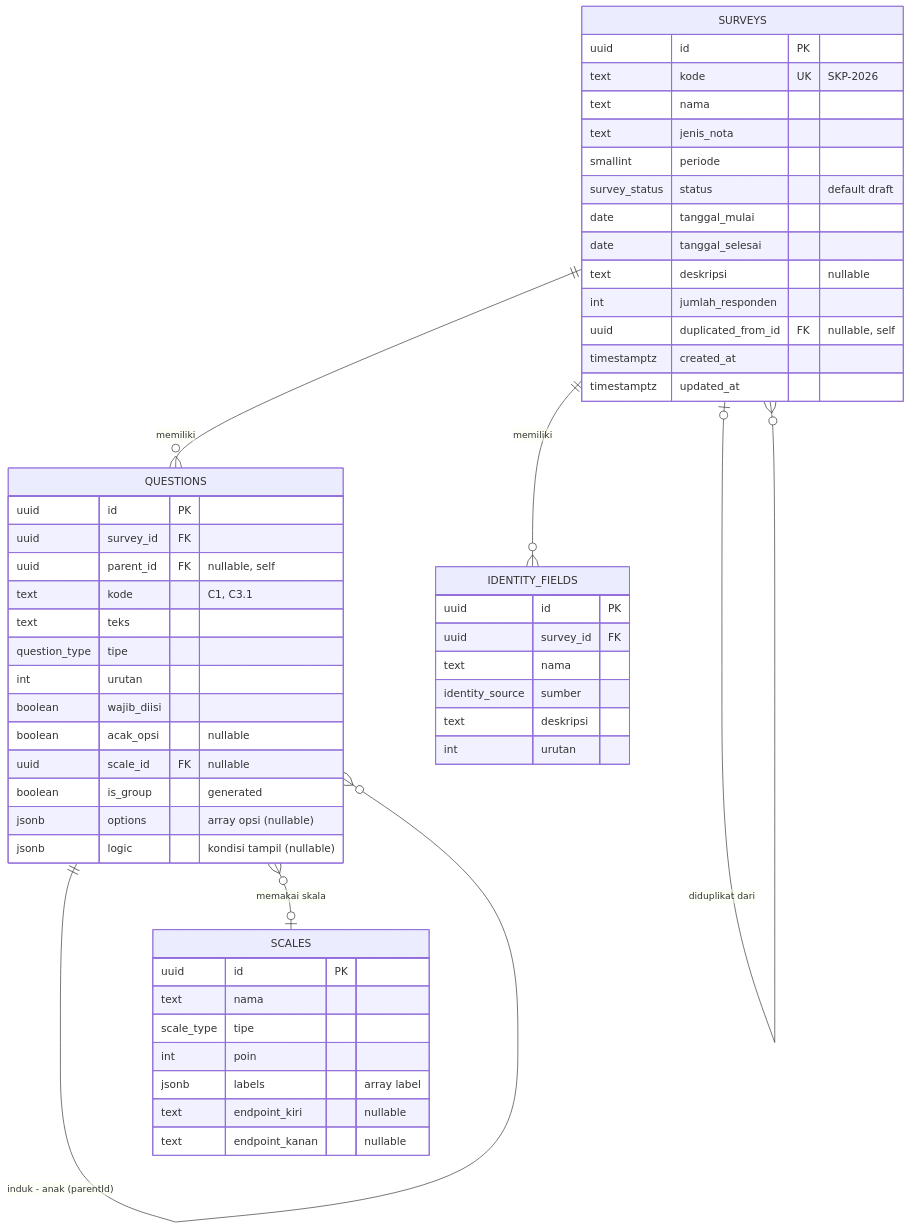
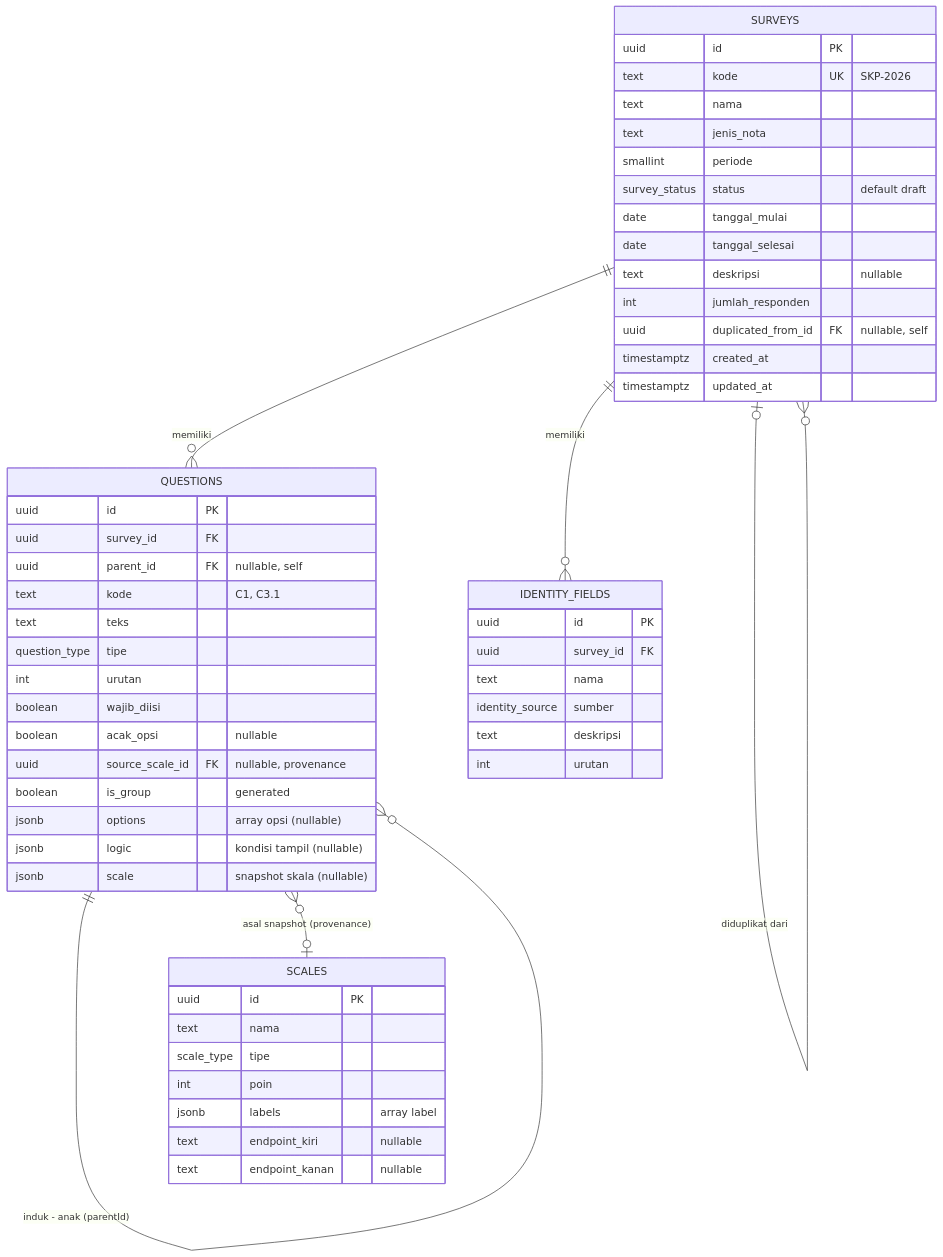
Before and after one commit to chandradarmawan/cms-survey-app: the diagram in frontend/docs/DATABASE.md, drawn with Mermaid. The commit also changed other lines of this file and 19 other files, not shown here.

````diff
--- a/frontend/docs/DATABASE.md
+++ b/frontend/docs/DATABASE.md
@@ -28,56 +34,57 @@
 ```mermaid
 erDiagram
     SURVEYS         ||--o{ QUESTIONS : "memiliki"
     SURVEYS         ||--o{ IDENTITY_FIELDS : "memiliki"
     SURVEYS         |o--o{ SURVEYS : "diduplikat dari"
     QUESTIONS       ||--o{ QUESTIONS : "induk - anak (parentId)"
-    QUESTIONS       }o--o| SCALES : "memakai skala"
+    QUESTIONS       }o--o| SCALES : "asal snapshot (provenance)"
 
     SURVEYS {
         uuid id PK
         text kode UK "SKP-2026"
         text nama
         text jenis_nota
         smallint periode
         survey_status status "default draft"
         date tanggal_mulai
         date tanggal_selesai
         text deskripsi "nullable"
         int jumlah_responden
         uuid duplicated_from_id FK "nullable, self"
         timestamptz created_at
         timestamptz updated_at
     }
     QUESTIONS {
         uuid id PK
         uuid survey_id FK
         uuid parent_id FK "nullable, self"
         text kode "C1, C3.1"
         text teks
         question_type tipe
         int urutan
         boolean wajib_diisi
         boolean acak_opsi "nullable"
-        uuid scale_id FK "nullable"
+        uuid source_scale_id FK "nullable, provenance"
         boolean is_group "generated"
         jsonb options "array opsi (nullable)"
         jsonb logic "kondisi tampil (nullable)"
+        jsonb scale "snapshot skala (nullable)"
     }
     SCALES {
         uuid id PK
         text nama
         scale_type tipe
         int poin
         jsonb labels "array label"
         text endpoint_kiri "nullable"
         text endpoint_kanan "nullable"
     }
     IDENTITY_FIELDS {
         uuid id PK
         uuid survey_id FK
         text nama
         identity_source sumber
         text deskripsi
         int urutan
     }
 ```
````
